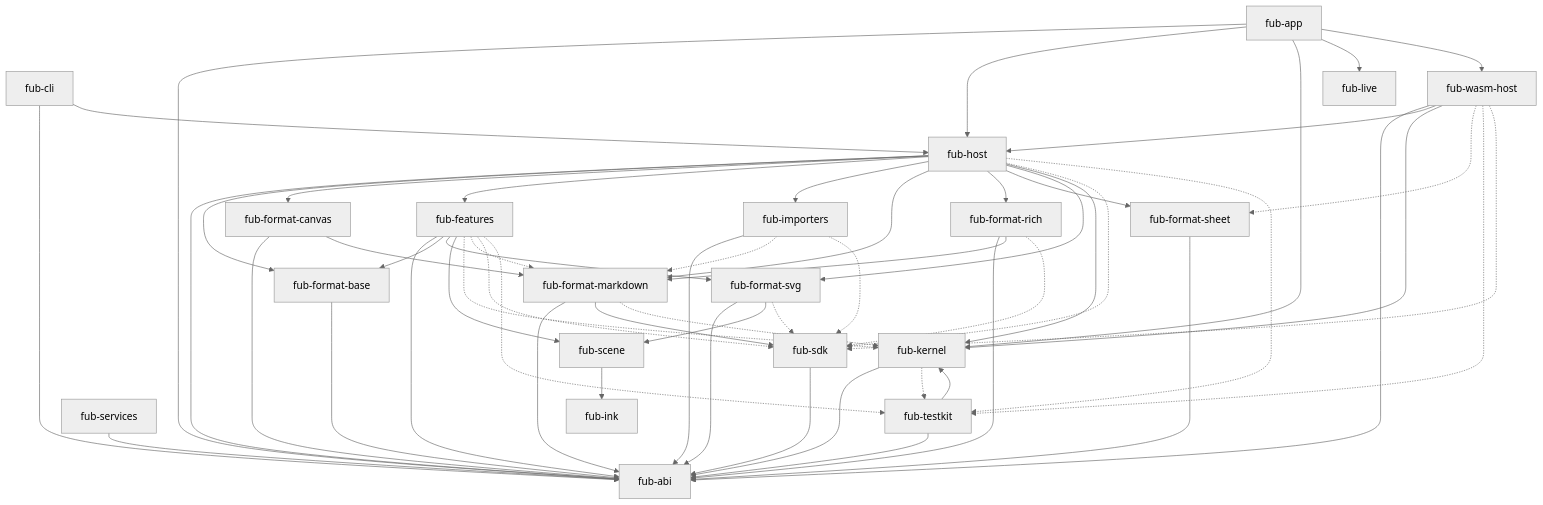
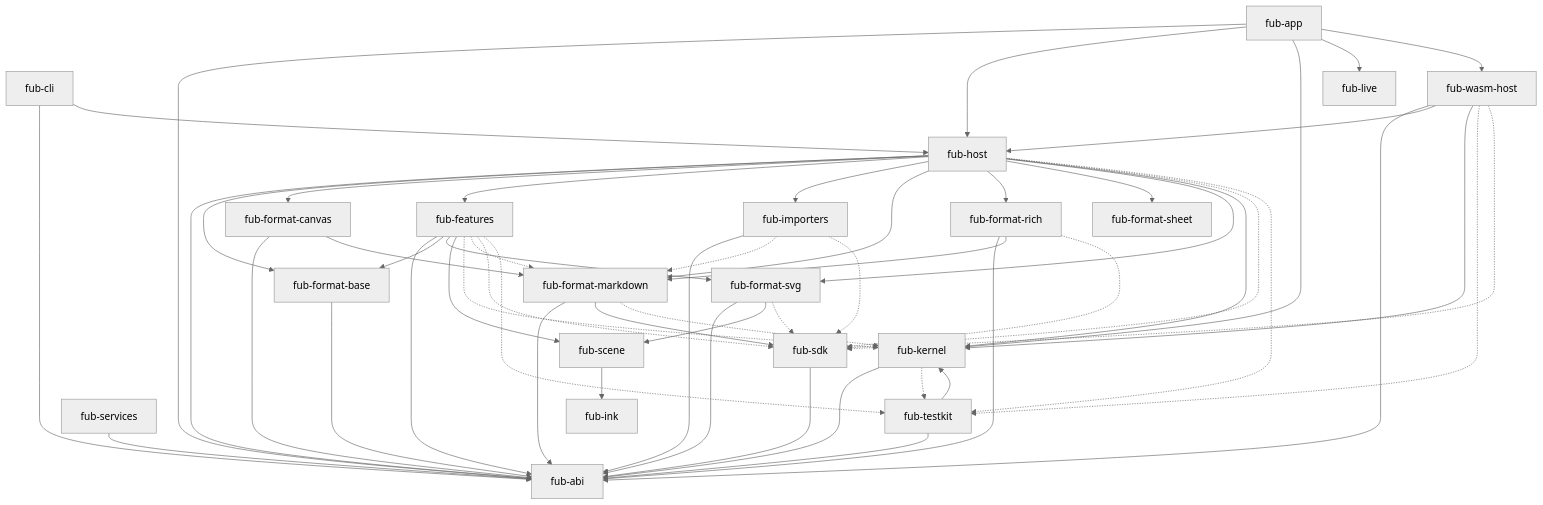
Before and after one commit to Fubeo/Fub: the first of 4 diagrams in docs/architecture/overview.md, drawn with Mermaid (neutral theme). The commit also changed other lines of this file and 87 other files, not shown here.

```diff
--- a/docs/architecture/overview.md
+++ b/docs/architecture/overview.md
@@ -82,7 +82,6 @@
     features --> scene
     markdown --> abi
     markdown --> sdk
-    sheet --> abi
     svg --> abi
     svg --> scene
     scene --> ink
@@ -102,7 +101,6 @@
     kernel -.-> testkit
     host -.-> sdk
     host -.-> testkit
-    wasmhost -.-> sheet
     wasmhost -.-> testkit
     wasmhost -.-> sdk
     importers -.-> markdown
```
